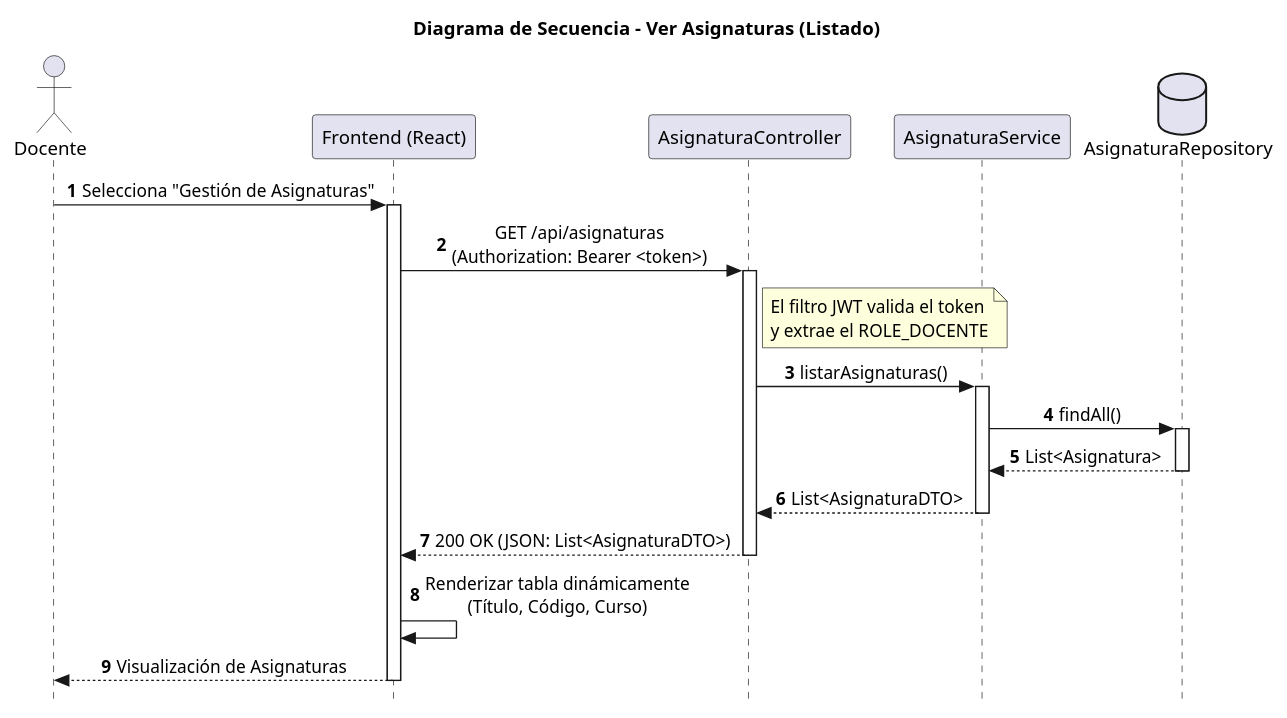
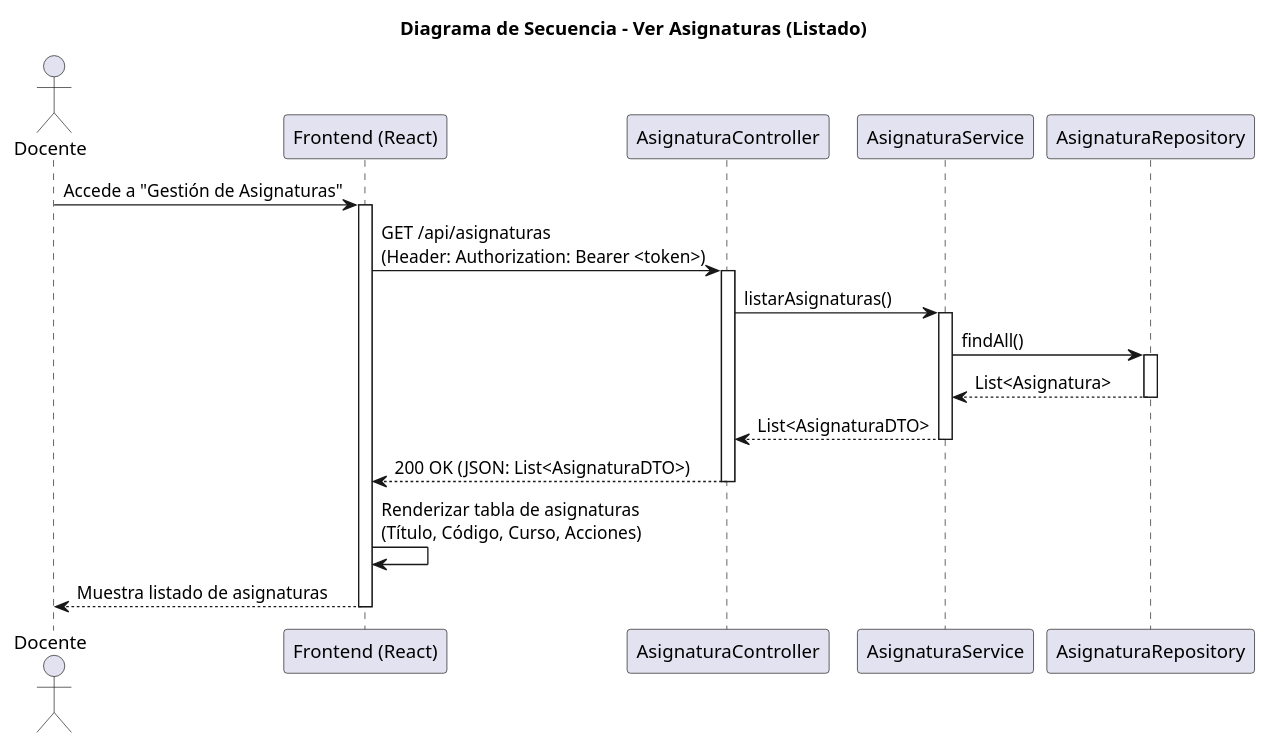
The diagram in modelosUML/diseño/verAsignaturas/secuencia.puml (Pareyor/25-26-idsw2-sdVC), drawn with PlantUML before and after one commit. The commit also changed 1 other file, not shown here.

Commit message:
fix: Corrige aspecto en verAsignatura para asegurar la legibilidad del diagrama de secuencia

```diff
--- a/modelosUML/diseño/verAsignaturas/secuencia.puml
+++ b/modelosUML/diseño/verAsignaturas/secuencia.puml
@@ -1,41 +1,34 @@
 @startuml
 title Diagrama de Secuencia - Ver Asignaturas (Listado)
-
-skinparam Style strictuml
-skinparam SequenceMessageAlignment center
 
 actor "Docente" as Actor
 participant "Frontend (React)" as FE
 participant "AsignaturaController" as Controller
 participant "AsignaturaService" as Service
-database "AsignaturaRepository" as Repo
+participant "AsignaturaRepository" as Repo
 
-autonumber
-
-Actor -> FE: Selecciona "Gestión de Asignaturas"
+Actor -> FE: Accede a "Gestión de Asignaturas"
 activate FE
 
-FE -> Controller: GET /api/asignaturas\n(Authorization: Bearer <token>)
+FE -> Controller: GET /api/asignaturas\n(Header: Authorization: Bearer <token>)
 activate Controller
-
-note right of Controller: El filtro JWT valida el token\ny extrae el ROLE_DOCENTE
 
 Controller -> Service: listarAsignaturas()
 activate Service
 
 Service -> Repo: findAll()
 activate Repo
 Repo --> Service: List<Asignatura>
 deactivate Repo
 
 Service --> Controller: List<AsignaturaDTO>
 deactivate Service
 
 Controller --> FE: 200 OK (JSON: List<AsignaturaDTO>)
 deactivate Controller
 
-FE -> FE: Renderizar tabla dinámicamente\n(Título, Código, Curso)
-FE --> Actor: Visualización de Asignaturas
+FE -> FE: Renderizar tabla de asignaturas\n(Título, Código, Curso, Acciones)
+FE --> Actor: Muestra listado de asignaturas
 deactivate FE
 
 @enduml
```
